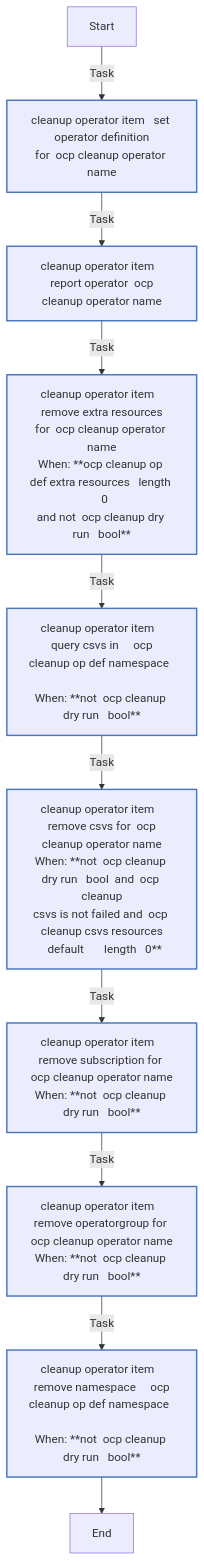
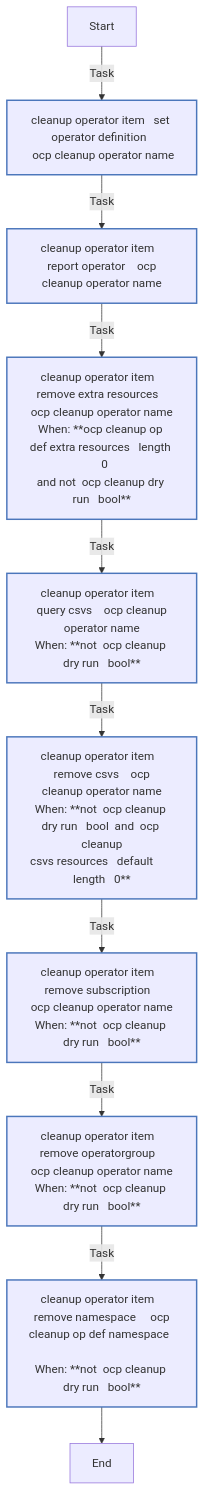
The fifth of 7 diagrams in roles/ocp_cleanup/README.md (redhat-cop/openshift_virtualization_migration), drawn with Mermaid before and after one commit. The commit also changed other lines of this file and 7 other files, not shown here.

````diff
--- a/roles/ocp_cleanup/README.md
+++ b/roles/ocp_cleanup/README.md
@@ -547,22 +542,22 @@
 ```mermaid
 flowchart TD
 Start
 classDef block stroke:#3498db,stroke-width:2px;
 classDef task stroke:#4b76bb,stroke-width:2px;
 classDef includeTasks stroke:#16a085,stroke-width:2px;
 classDef importTasks stroke:#34495e,stroke-width:2px;
 classDef includeRole stroke:#2980b9,stroke-width:2px;
 classDef importRole stroke:#699ba7,stroke-width:2px;
 classDef includeVars stroke:#8e44ad,stroke-width:2px;
 classDef rescue stroke:#665352,stroke-width:2px;
 
-  Start-->|Task| _cleanup_operator_item___Set_operator_definition_for__ocp_cleanup_operator_name0[ cleanup operator item   set operator definition<br>for  ocp cleanup operator name]:::task
-  _cleanup_operator_item___Set_operator_definition_for__ocp_cleanup_operator_name0-->|Task| _cleanup_operator_item___Report_operator__ocp_cleanup_operator_name1[ cleanup operator item   report operator  ocp<br>cleanup operator name]:::task
-  _cleanup_operator_item___Report_operator__ocp_cleanup_operator_name1-->|Task| _cleanup_operator_item___Remove_extra_resources_for__ocp_cleanup_operator_name2[ cleanup operator item   remove extra resources<br>for  ocp cleanup operator name<br>When: **ocp cleanup op def extra resources   length   0<br>and not  ocp cleanup dry run   bool**]:::task
-  _cleanup_operator_item___Remove_extra_resources_for__ocp_cleanup_operator_name2-->|Task| _cleanup_operator_item___Query_CSVs_in_____ocp_cleanup_op_def_namespace___3[ cleanup operator item   query csvs in     ocp<br>cleanup op def namespace   <br>When: **not  ocp cleanup dry run   bool**]:::task
-  _cleanup_operator_item___Query_CSVs_in_____ocp_cleanup_op_def_namespace___3-->|Task| _cleanup_operator_item___Remove_CSVs_for__ocp_cleanup_operator_name4[ cleanup operator item   remove csvs for  ocp<br>cleanup operator name<br>When: **not  ocp cleanup dry run   bool  and  ocp cleanup<br>csvs is not failed and  ocp cleanup csvs resources<br>  default       length   0**]:::task
-  _cleanup_operator_item___Remove_CSVs_for__ocp_cleanup_operator_name4-->|Task| _cleanup_operator_item___Remove_Subscription_for__ocp_cleanup_operator_name5[ cleanup operator item   remove subscription for <br>ocp cleanup operator name<br>When: **not  ocp cleanup dry run   bool**]:::task
-  _cleanup_operator_item___Remove_Subscription_for__ocp_cleanup_operator_name5-->|Task| _cleanup_operator_item___Remove_OperatorGroup_for__ocp_cleanup_operator_name6[ cleanup operator item   remove operatorgroup for <br>ocp cleanup operator name<br>When: **not  ocp cleanup dry run   bool**]:::task
-  _cleanup_operator_item___Remove_OperatorGroup_for__ocp_cleanup_operator_name6-->|Task| _cleanup_operator_item___Remove_Namespace_____ocp_cleanup_op_def_namespace___7[ cleanup operator item   remove namespace     ocp<br>cleanup op def namespace   <br>When: **not  ocp cleanup dry run   bool**]:::task
+  Start-->|Task| _cleanup_operator_item___Set_operator_definition____ocp_cleanup_operator_name0[ cleanup operator item   set operator definition  <br> ocp cleanup operator name]:::task
+  _cleanup_operator_item___Set_operator_definition____ocp_cleanup_operator_name0-->|Task| _cleanup_operator_item___Report_operator____ocp_cleanup_operator_name1[ cleanup operator item   report operator    ocp<br>cleanup operator name]:::task
+  _cleanup_operator_item___Report_operator____ocp_cleanup_operator_name1-->|Task| _cleanup_operator_item___Remove_extra_resources____ocp_cleanup_operator_name2[ cleanup operator item   remove extra resources   <br>ocp cleanup operator name<br>When: **ocp cleanup op def extra resources   length   0<br>and not  ocp cleanup dry run   bool**]:::task
+  _cleanup_operator_item___Remove_extra_resources____ocp_cleanup_operator_name2-->|Task| _cleanup_operator_item___Query_CSVs____ocp_cleanup_operator_name3[ cleanup operator item   query csvs    ocp cleanup<br>operator name<br>When: **not  ocp cleanup dry run   bool**]:::task
+  _cleanup_operator_item___Query_CSVs____ocp_cleanup_operator_name3-->|Task| _cleanup_operator_item___Remove_CSVs____ocp_cleanup_operator_name4[ cleanup operator item   remove csvs    ocp<br>cleanup operator name<br>When: **not  ocp cleanup dry run   bool  and  ocp cleanup<br>csvs resources   default       length   0**]:::task
+  _cleanup_operator_item___Remove_CSVs____ocp_cleanup_operator_name4-->|Task| _cleanup_operator_item___Remove_Subscription____ocp_cleanup_operator_name5[ cleanup operator item   remove subscription   <br>ocp cleanup operator name<br>When: **not  ocp cleanup dry run   bool**]:::task
+  _cleanup_operator_item___Remove_Subscription____ocp_cleanup_operator_name5-->|Task| _cleanup_operator_item___Remove_OperatorGroup____ocp_cleanup_operator_name6[ cleanup operator item   remove operatorgroup   <br>ocp cleanup operator name<br>When: **not  ocp cleanup dry run   bool**]:::task
+  _cleanup_operator_item___Remove_OperatorGroup____ocp_cleanup_operator_name6-->|Task| _cleanup_operator_item___Remove_Namespace_____ocp_cleanup_op_def_namespace___7[ cleanup operator item   remove namespace     ocp<br>cleanup op def namespace   <br>When: **not  ocp cleanup dry run   bool**]:::task
   _cleanup_operator_item___Remove_Namespace_____ocp_cleanup_op_def_namespace___7-->End
 ```
````
